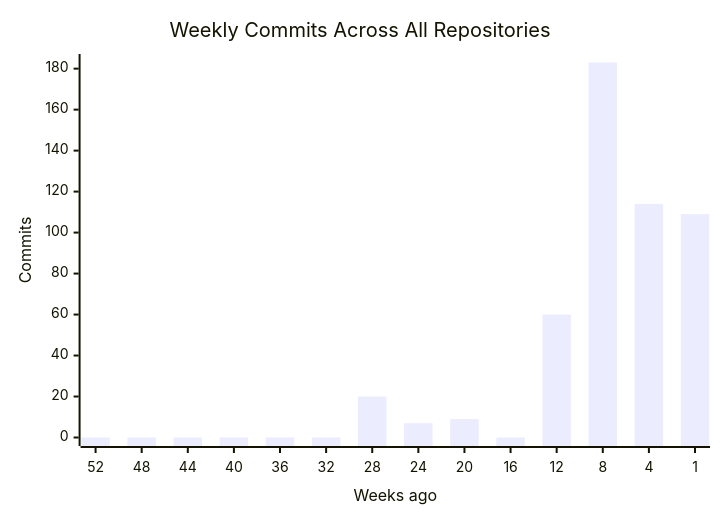
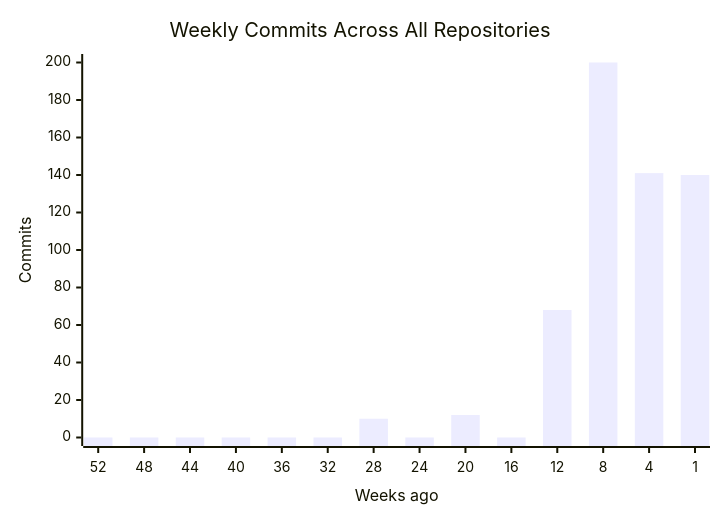
One commit to CSTH-Projects/.github changed the first of 4 diagrams in profile/README.md. Above: the diagram before and after it, drawn with Mermaid. The commit also changed other lines of this file, not shown here.

````diff
--- a/profile/README.md
+++ b/profile/README.md
@@ -16,7 +16,7 @@
 ```mermaid
 xychart-beta
     title "Weekly Commits Across All Repositories"
     x-axis "Weeks ago" [52, 48, 44, 40, 36, 32, 28, 24, 20, 16, 12, 8, 4, 1]
     y-axis "Commits"
-    bar [0, 0, 0, 0, 0, 0, 20, 7, 9, 0, 60, 183, 114, 109]
+    bar [0, 0, 0, 0, 0, 0, 10, 0, 12, 0, 68, 200, 141, 140]
 ```
````
